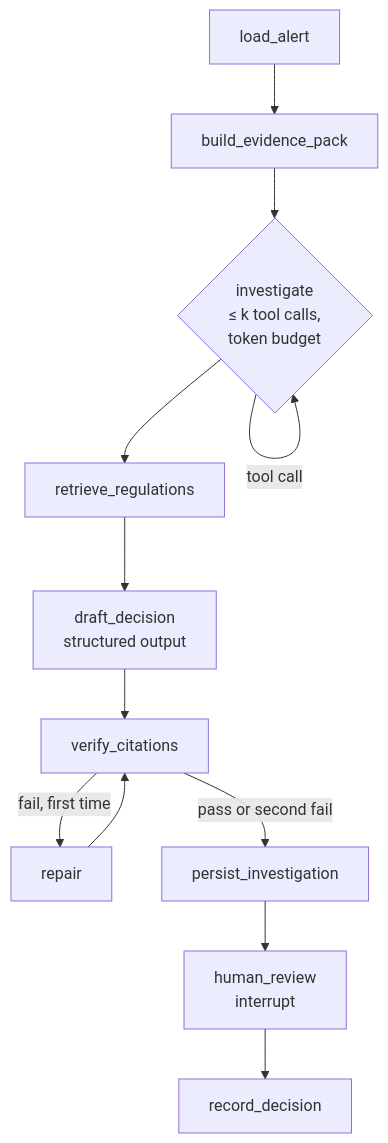
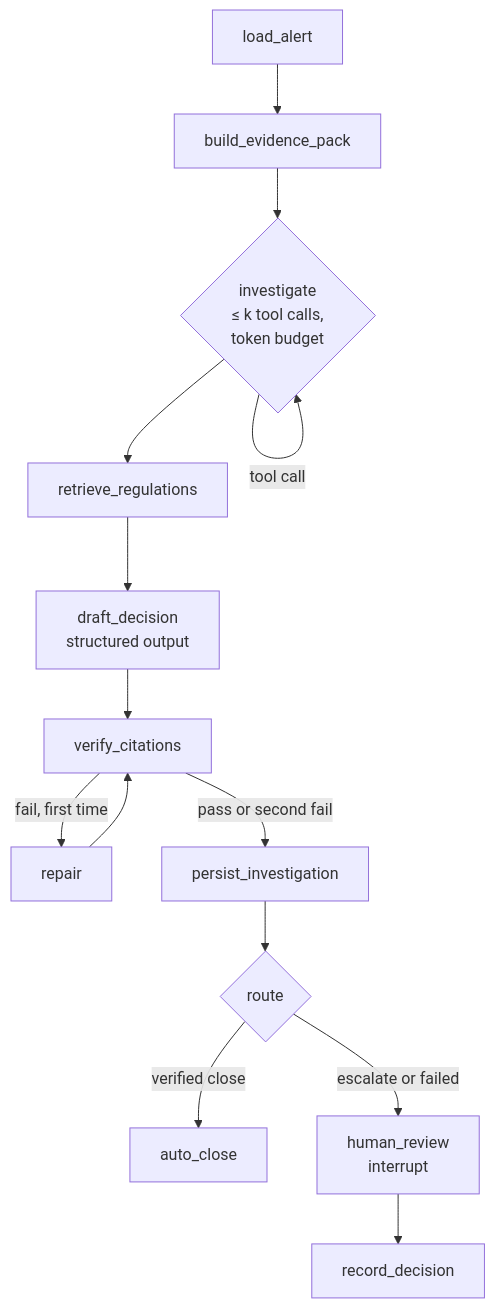
One commit to InYanInIn/aml-alert-investigator changed the second of 2 diagrams in docs/design.md. Above: the diagram before and after it, drawn with Mermaid. The commit also changed other lines of this file and 59 other files, not shown here.

First line of the commit message:
M5: full agent graph with fake model, auto-close routing, analyst UI (#7)

````diff
--- a/docs/design.md
+++ b/docs/design.md
@@ -151,13 +153,15 @@
 ```mermaid
 flowchart TD
   A[load_alert] --> B[build_evidence_pack]
   B --> C{investigate<br/>≤ k tool calls,<br/>token budget}
   C -->|tool call| C
   C --> D[retrieve_regulations]
   D --> E[draft_decision<br/>structured output]
   E --> F[verify_citations]
   F -->|fail, first time| G[repair] --> F
   F -->|pass or second fail| H[persist_investigation]
-  H --> I[human_review<br/>interrupt]
+  H --> R{route}
+  R -->|verified close| K[auto_close]
+  R -->|escalate or failed| I[human_review<br/>interrupt]
   I --> J[record_decision]
 ```
````
